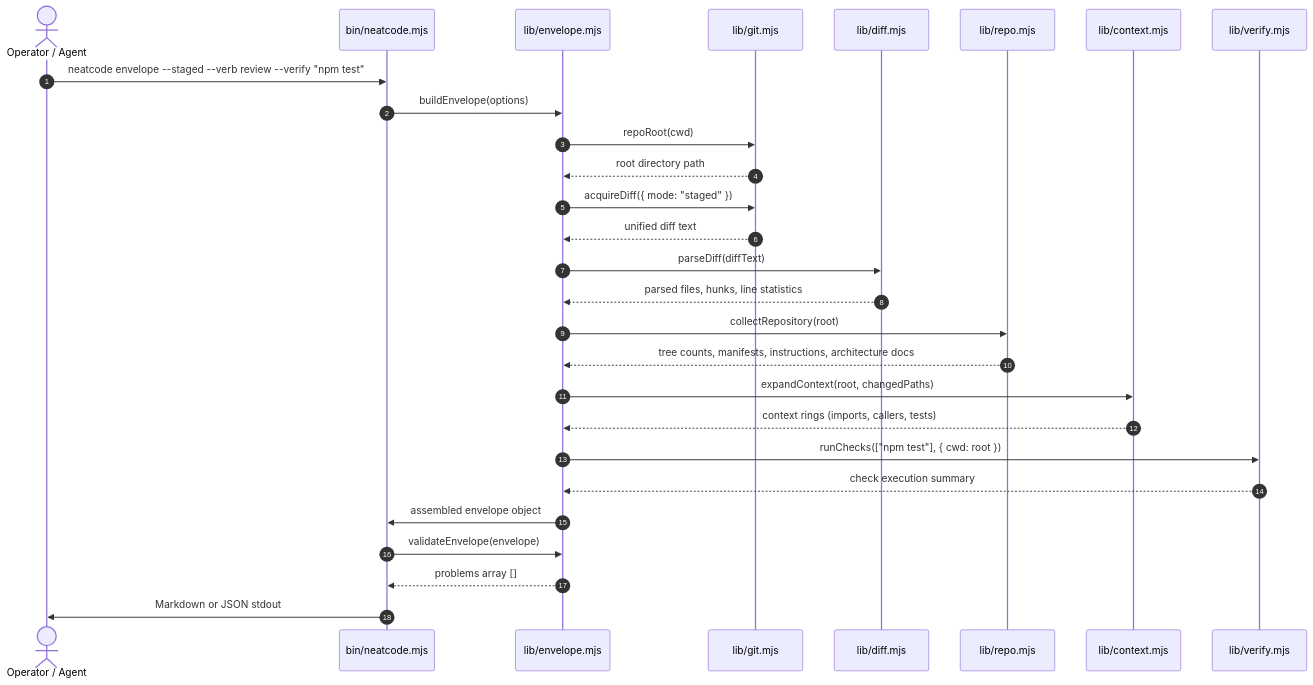
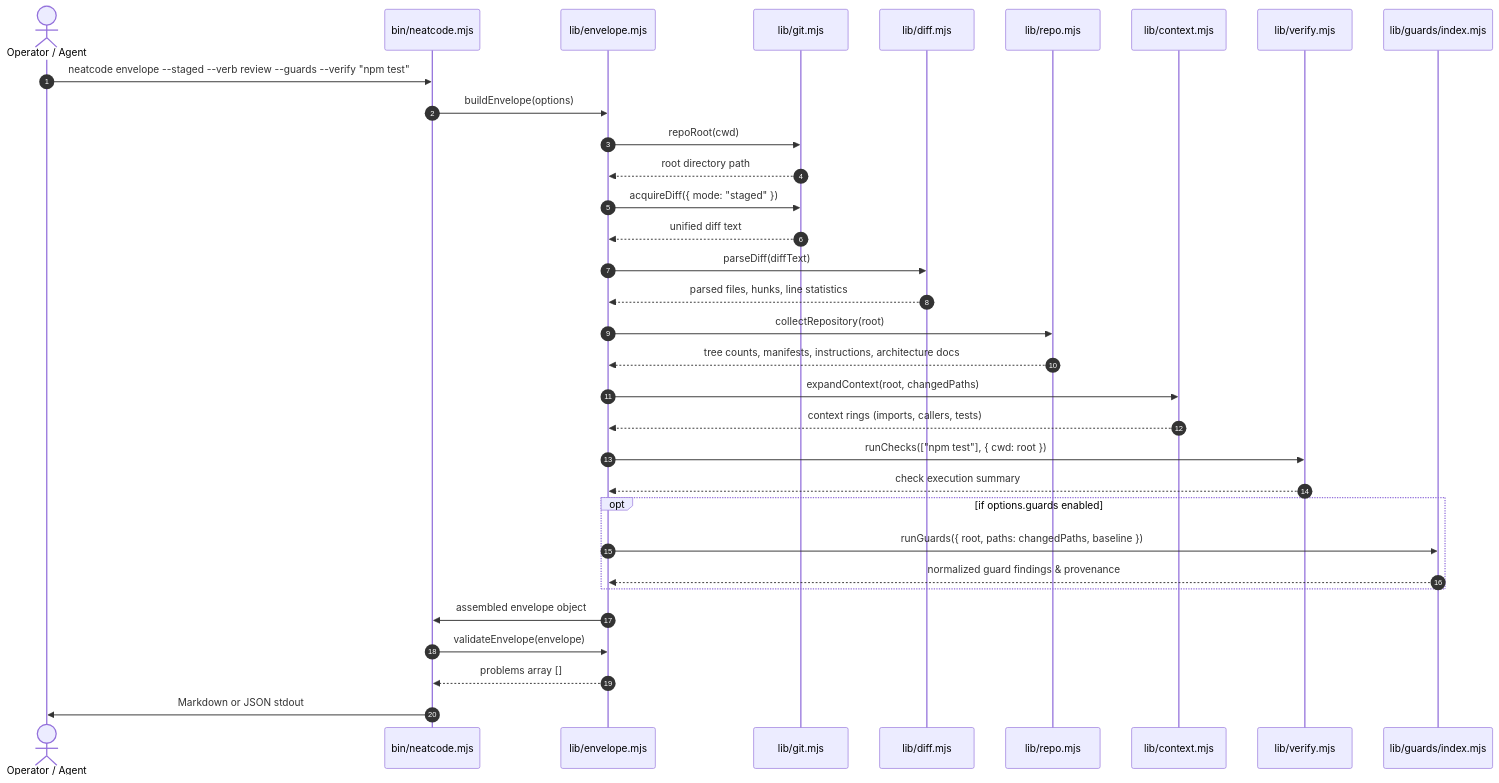
One commit to GodSpeedAI/NeatCode changed the diagram in docs/workflows/envelope-acquisition.md. Above: the diagram before and after it, drawn with Mermaid. The commit also changed other lines of this file and 212 other files, not shown here.

````diff
--- a/docs/workflows/envelope-acquisition.md
+++ b/docs/workflows/envelope-acquisition.md
@@ -14,31 +14,36 @@
 ```mermaid
 sequenceDiagram
     autonumber
     actor Operator as Operator / Agent
     participant CLI as bin/neatcode.mjs
     participant Env as lib/envelope.mjs
     participant Git as lib/git.mjs
     participant Diff as lib/diff.mjs
     participant Repo as lib/repo.mjs
     participant Context as lib/context.mjs
     participant Verify as lib/verify.mjs
+    participant Guards as lib/guards/index.mjs
 
-    Operator->>CLI: neatcode envelope --staged --verb review --verify "npm test"
+    Operator->>CLI: neatcode envelope --staged --verb review --guards --verify "npm test"
     CLI->>Env: buildEnvelope(options)
     Env->>Git: repoRoot(cwd)
     Git-->>Env: root directory path
     Env->>Git: acquireDiff({ mode: "staged" })
     Git-->>Env: unified diff text
     Env->>Diff: parseDiff(diffText)
     Diff-->>Env: parsed files, hunks, line statistics
     Env->>Repo: collectRepository(root)
     Repo-->>Env: tree counts, manifests, instructions, architecture docs
     Env->>Context: expandContext(root, changedPaths)
     Context-->>Env: context rings (imports, callers, tests)
     Env->>Verify: runChecks(["npm test"], { cwd: root })
     Verify-->>Env: check execution summary
+    opt if options.guards enabled
+        Env->>Guards: runGuards({ root, paths: changedPaths, baseline })
+        Guards-->>Env: normalized guard findings & provenance
+    end
     Env->>CLI: assembled envelope object
     CLI->>Env: validateEnvelope(envelope)
     Env-->>CLI: problems array []
     CLI->>Operator: Markdown or JSON stdout
 ```
````
